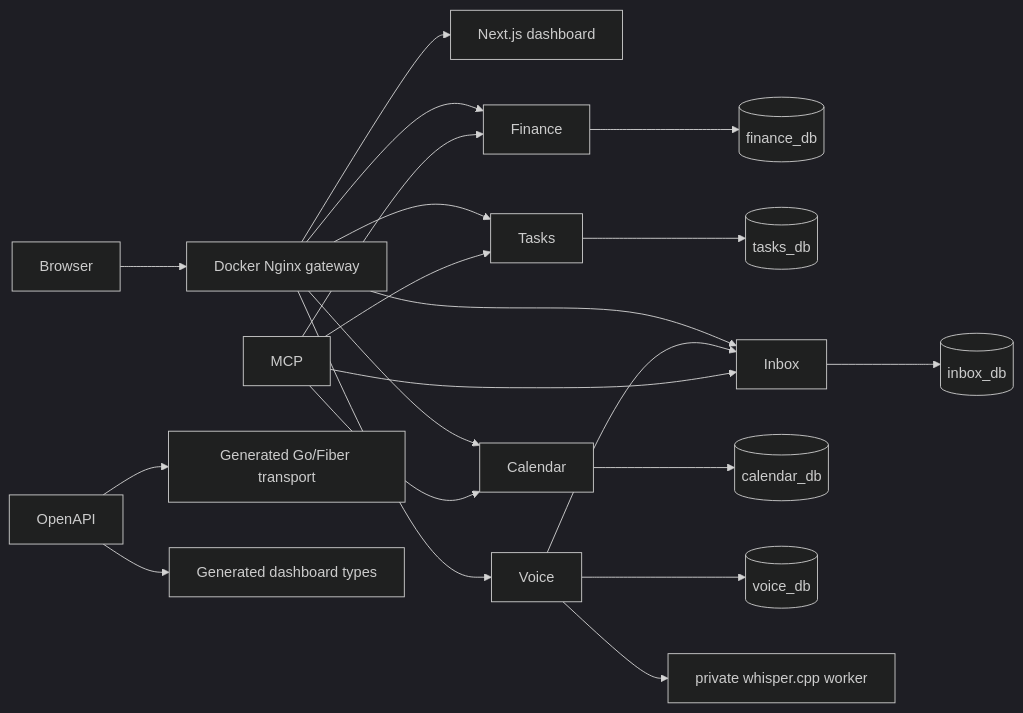
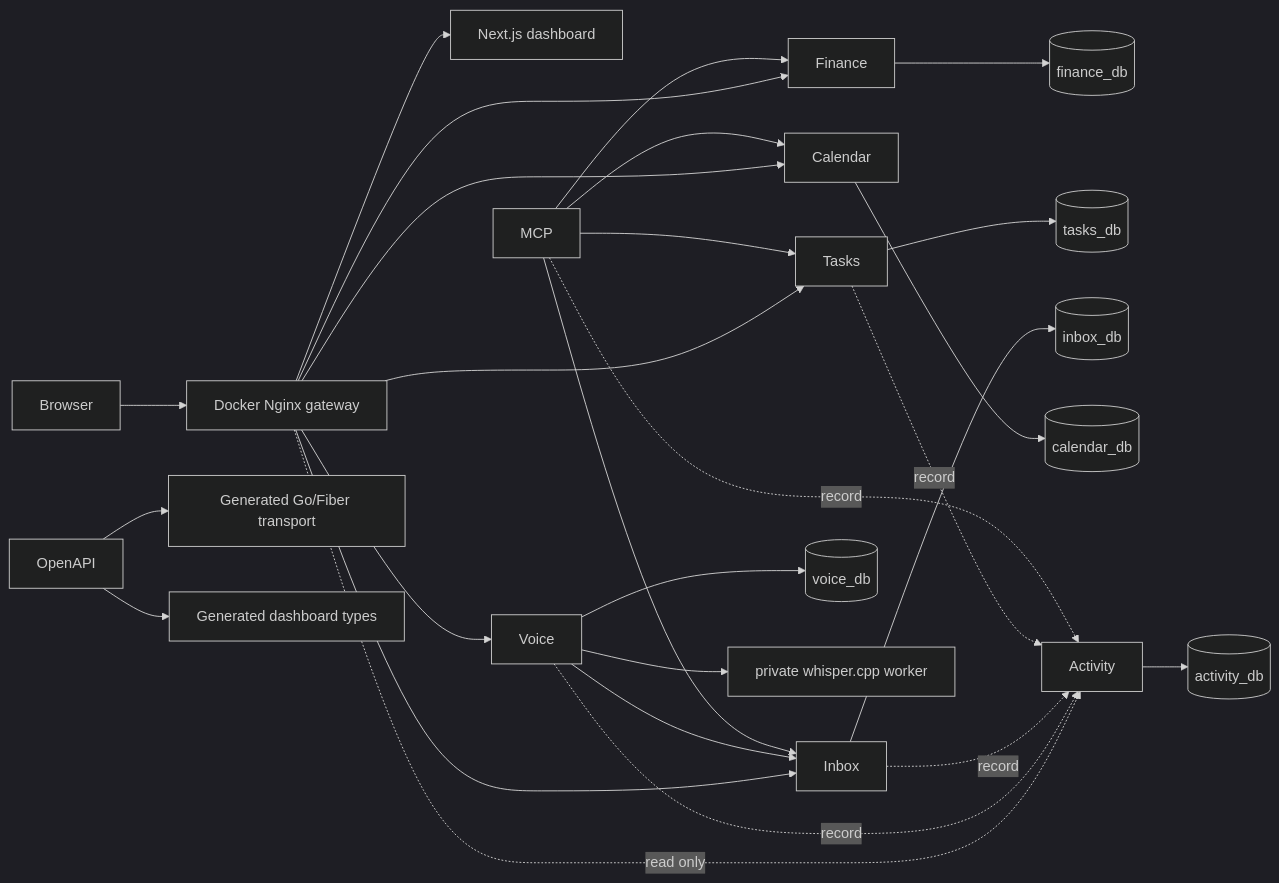
One commit to GAMch1k/life-os changed the diagram in docs/architecture/overview.md. Above: the diagram before and after it, drawn with Mermaid (dark theme). The commit also changed other lines of this file and 10 other files, not shown here.

````diff
--- a/docs/architecture/overview.md
+++ b/docs/architecture/overview.md
@@ -5,18 +5,23 @@
 ```mermaid
 flowchart LR
   Browser --> Gateway[Docker Nginx gateway]
   Gateway --> Dashboard[Next.js dashboard]
   Gateway --> Finance --> FDB[(finance_db)]
   Gateway --> Tasks --> TDB[(tasks_db)]
   Gateway --> Inbox --> IDB[(inbox_db)]
   Gateway --> Calendar --> CDB[(calendar_db)]
   Gateway --> Voice --> VDB[(voice_db)]
+  Gateway -. read only .-> Activity --> ADB[(activity_db)]
+  Voice -. record .-> Activity
+  Inbox -. record .-> Activity
+  Tasks -. record .-> Activity
+  MCP -. record .-> Activity
   Voice --> Whisper[private whisper.cpp worker]
   Voice --> Inbox
   MCP --> Finance
   MCP --> Tasks
   MCP --> Inbox
   MCP --> Calendar
   OpenAPI --> Go[Generated Go/Fiber transport]
   OpenAPI --> TS[Generated dashboard types]
 ```
````
